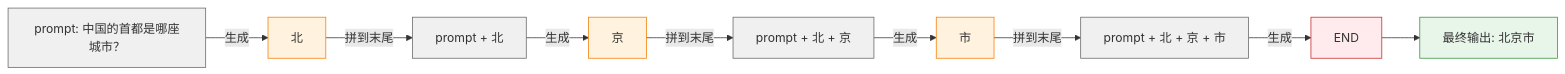
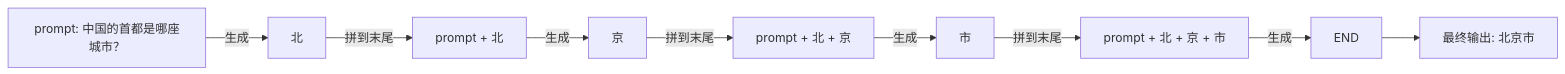
One commit to xiaomingtx12/nice-ai-agent-study-resources changed the fourth of 9 diagrams in docs/notes/agent-system-design/agent-thinking-transformer-from-prompt.md. Above: the diagram before and after it, drawn with Mermaid. The commit also changed other lines of this file and 145 other files, not shown here.

````diff
--- a/docs/notes/agent-system-design/agent-thinking-transformer-from-prompt.md
+++ b/docs/notes/agent-system-design/agent-thinking-transformer-from-prompt.md
@@ -395,22 +436,12 @@
 ```mermaid
 flowchart LR
     P["prompt: 中国的首都是哪座城市？"]
     P -- 生成 --> T1["北"]
     T1 -- 拼到末尾 --> P2["prompt + 北"]
     P2 -- 生成 --> T2["京"]
     T2 -- 拼到末尾 --> P3["prompt + 北 + 京"]
     P3 -- 生成 --> T3["市"]
     T3 -- 拼到末尾 --> P4["prompt + 北 + 京 + 市"]
     P4 -- 生成 --> E["END"]
     E --> Result["最终输出: 北京市"]
-
-    style P fill:#f0f0f0,stroke:#666
-    style P2 fill:#f0f0f0,stroke:#666
-    style P3 fill:#f0f0f0,stroke:#666
-    style P4 fill:#f0f0f0,stroke:#666
-    style T1 fill:#fff3e0,stroke:#f57c00
-    style T2 fill:#fff3e0,stroke:#f57c00
-    style T3 fill:#fff3e0,stroke:#f57c00
-    style E fill:#ffebee,stroke:#c62828
-    style Result fill:#e8f5e9,stroke:#388e3c
 ```
````
